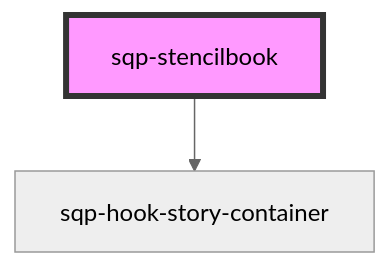
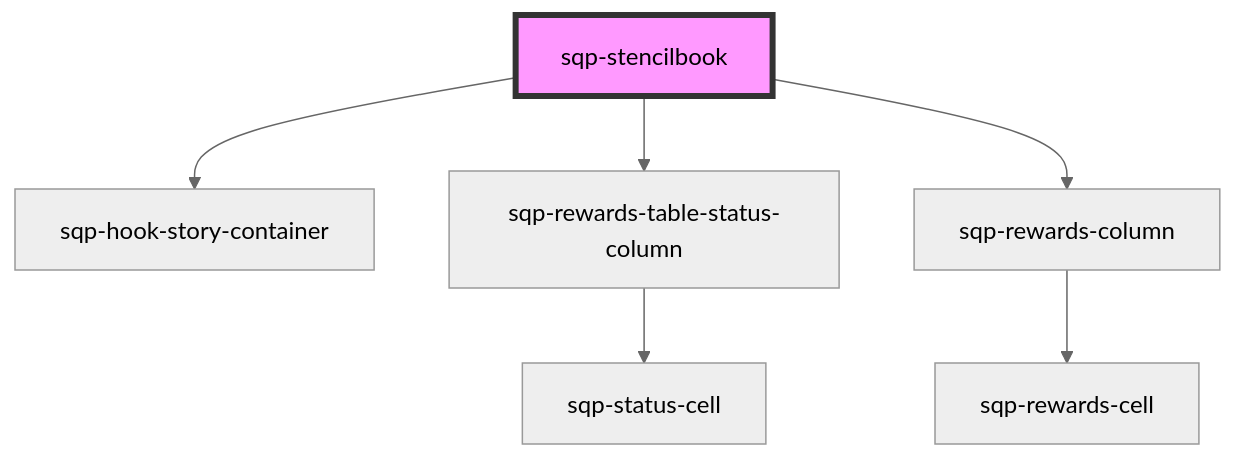
The diagram in packages/paypal-components/src/components/sqp-stencilbook/readme.md (saasquatch/program-tools), drawn with Mermaid (neutral theme) before and after one commit. The commit also changed other lines of this file and 7 other files, not shown here.

````diff
--- a/packages/paypal-components/src/components/sqp-stencilbook/readme.md
+++ b/packages/paypal-components/src/components/sqp-stencilbook/readme.md
@@ -15,5 +17,9 @@
 ```mermaid
 graph TD;
   sqp-stencilbook --> sqp-hook-story-container
+  sqp-stencilbook --> sqp-rewards-table-status-column
+  sqp-stencilbook --> sqp-rewards-column
+  sqp-rewards-table-status-column --> sqp-status-cell
+  sqp-rewards-column --> sqp-rewards-cell
   style sqp-stencilbook fill:#f9f,stroke:#333,stroke-width:4px
 ```
````
